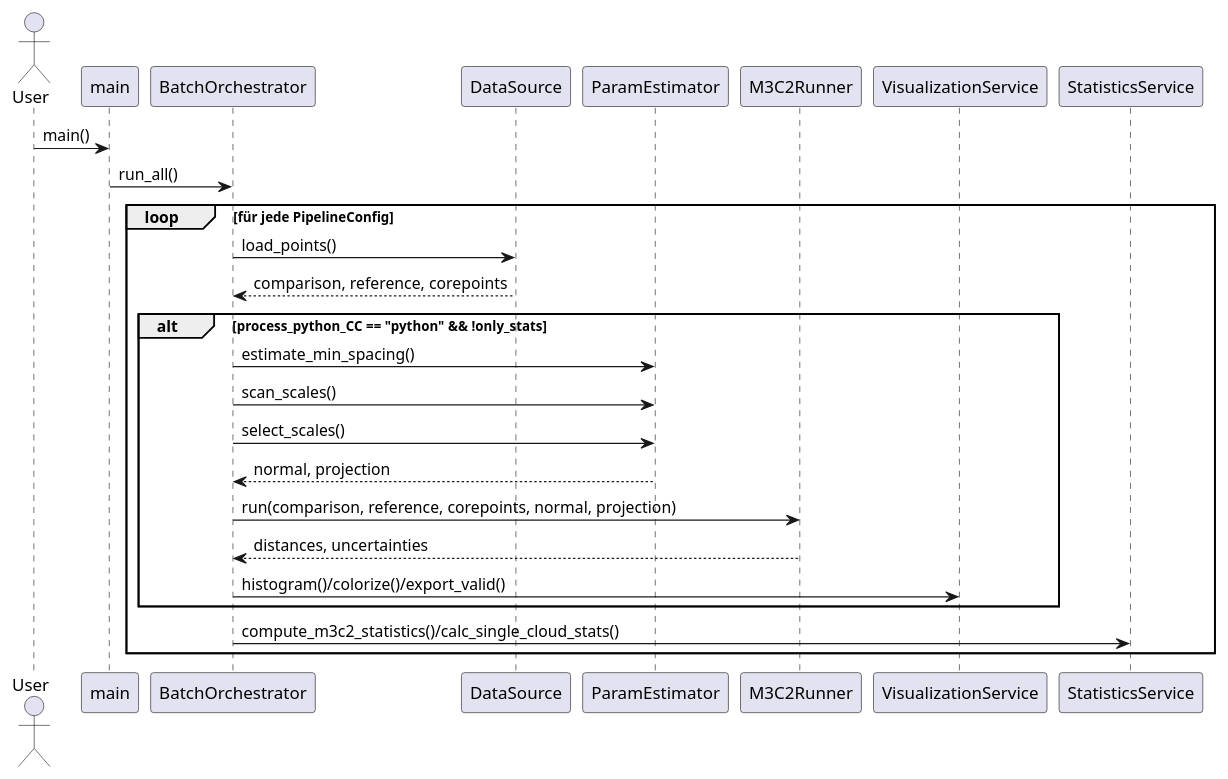
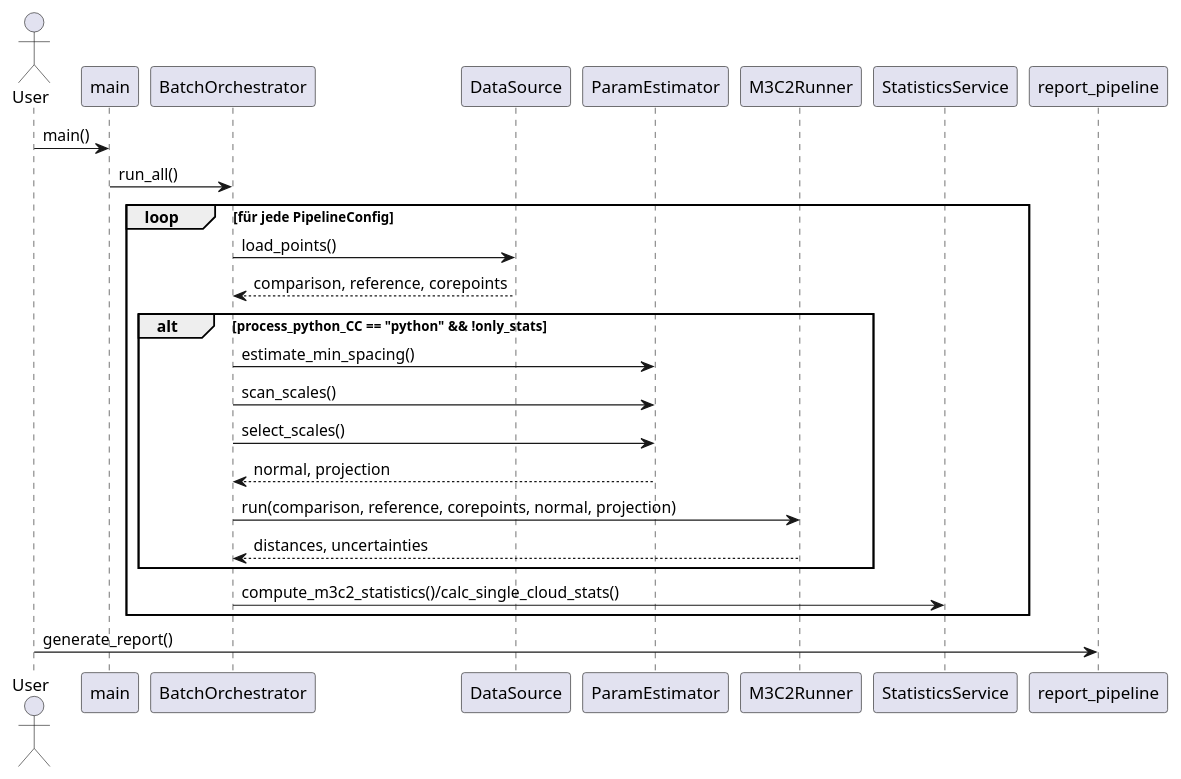
One commit to sigi-campus02/M3C2 changed the diagram in docu/uml/sequence.md. Above: the diagram before and after it, drawn with PlantUML. The commit also changed 18 other files, not shown here.

```diff
--- a/docu/uml/sequence.md
+++ b/docu/uml/sequence.md
@@ -1,25 +1,25 @@
 @startuml
 actor User
 
 User -> main : main()
 main -> BatchOrchestrator : run_all()
 
 loop für jede PipelineConfig
   BatchOrchestrator -> DataSource : load_points()
   DataSource --> BatchOrchestrator : comparison, reference, corepoints
 
   alt process_python_CC == "python" && !only_stats
     BatchOrchestrator -> ParamEstimator : estimate_min_spacing()
     BatchOrchestrator -> ParamEstimator : scan_scales()
     BatchOrchestrator -> ParamEstimator : select_scales()
     ParamEstimator --> BatchOrchestrator : normal, projection
 
     BatchOrchestrator -> M3C2Runner : run(comparison, reference, corepoints, normal, projection)
     M3C2Runner --> BatchOrchestrator : distances, uncertainties
 
-    BatchOrchestrator -> VisualizationService : histogram()/colorize()/export_valid()
   end
 
   BatchOrchestrator -> StatisticsService : compute_m3c2_statistics()/calc_single_cloud_stats()
 end
+User -> report_pipeline : generate_report()
 @enduml
```
